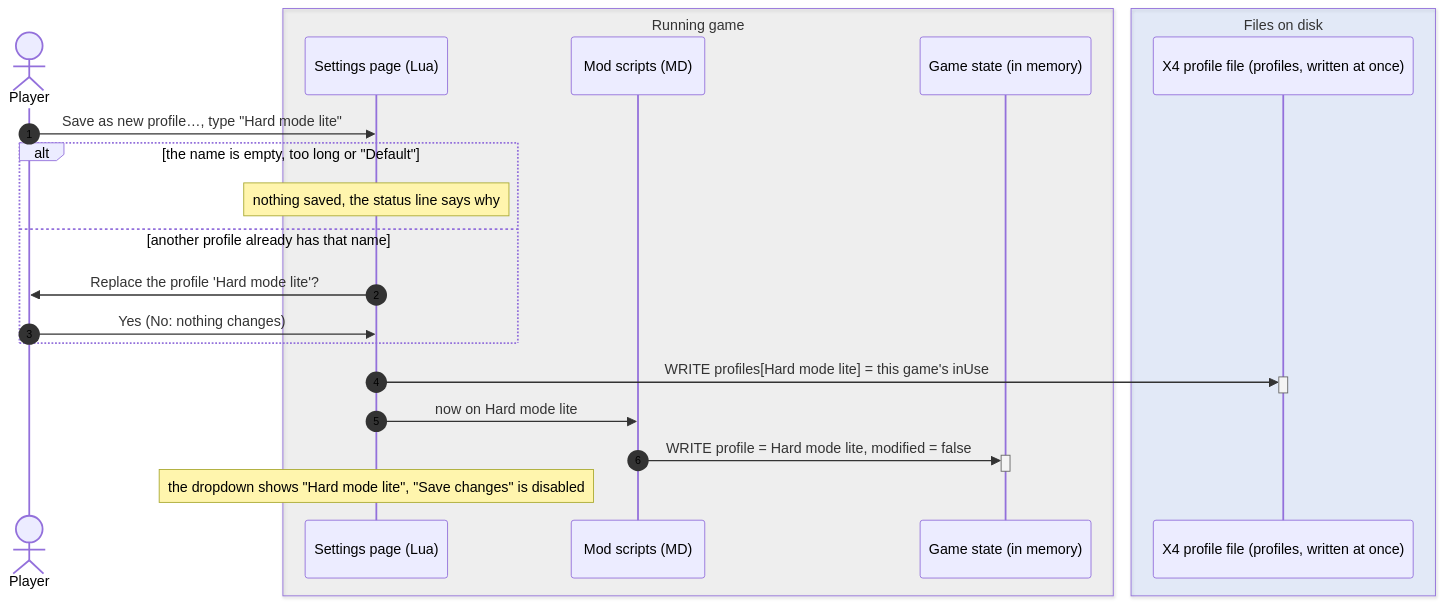
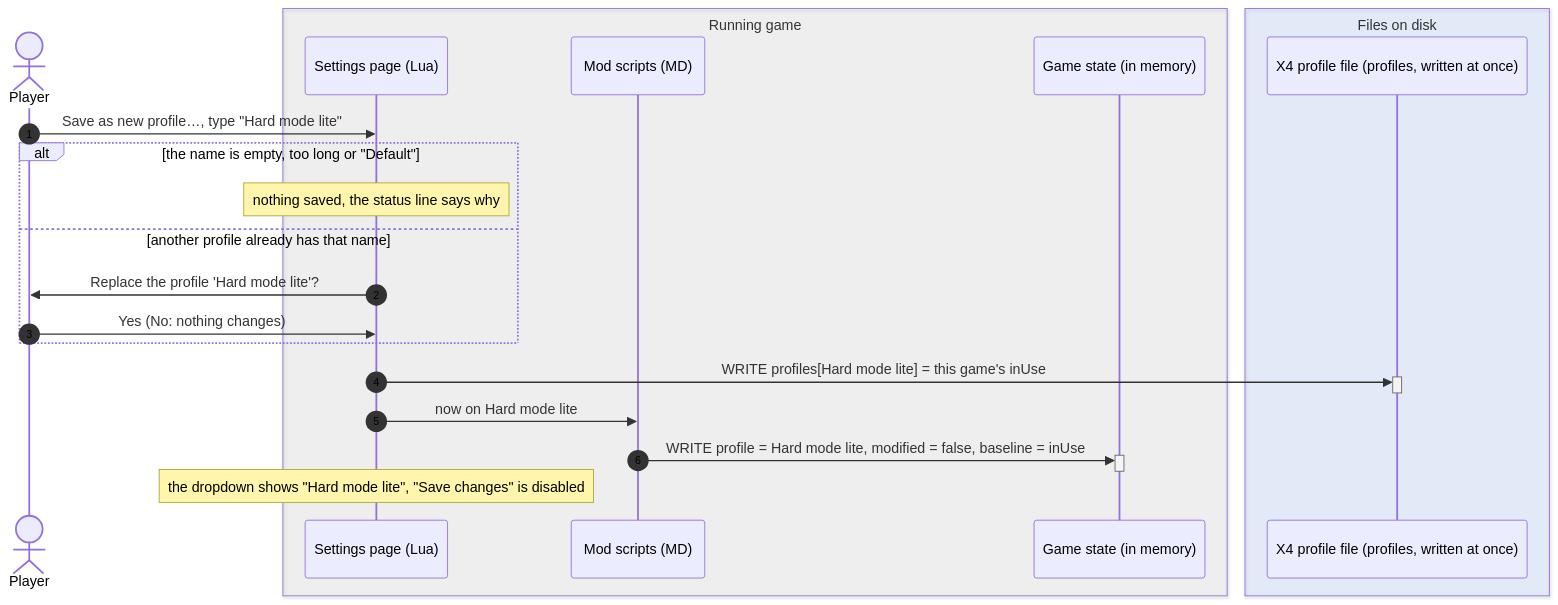
The sixth of 11 diagrams in docs/specs/settings-profiles-flows.md (ecarlste/x4-pirates-life-mod), drawn with Mermaid before and after one commit. The commit also changed other lines of this file and 10 other files, not shown here.

````diff
--- a/docs/specs/settings-profiles-flows.md
+++ b/docs/specs/settings-profiles-flows.md
@@ -461,28 +473,28 @@
 ```mermaid
 %%{init: {'themeVariables': {'sequenceNumberColor': '#000000'}, 'themeCSS': '[id$=sequencenumber] circle { fill: #ffffff } .sequenceNumber { fill: #000000 }'}}%%
 sequenceDiagram
     autonumber
     actor P as Player
     box rgba(150,150,150,0.10) Running game
     participant L as Settings page (Lua)
     participant M as Mod scripts (MD)
     participant G as Game state (in memory)
     end
     box rgba(80,140,255,0.12) Files on disk
     participant U as X4 profile file (profiles, written at once)
     end
 
     P->>L: Save as new profile…, type "Hard mode lite"
     alt the name is empty, too long or "Default"
     Note over L: nothing saved, the status line says why
     else another profile already has that name
     L->>P: Replace the profile 'Hard mode lite'?
     P->>L: Yes (No: nothing changes)
     end
     L->>+U: WRITE profiles[Hard mode lite] = this game's inUse
     deactivate U
     L->>M: now on Hard mode lite
-    M->>+G: WRITE profile = Hard mode lite, modified = false
+    M->>+G: WRITE profile = Hard mode lite, modified = false, baseline = inUse
     deactivate G
     Note over L: the dropdown shows "Hard mode lite", "Save changes" is disabled
 ```
````
